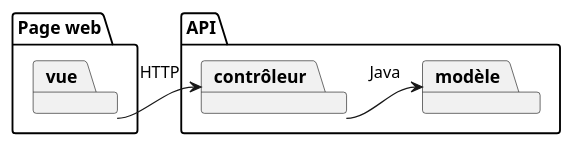
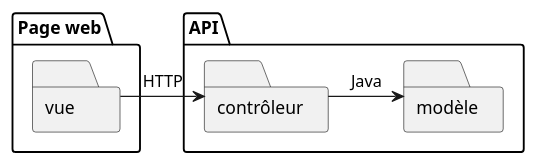
One commit to tgoubin/mvc-example changed the second of 4 diagrams in src/main/doc/exemple2.adoc. Above: the diagram before and after it, drawn with PlantUML. The commit also changed other lines of this file and 4 other files, not shown here.

```diff
--- a/src/main/doc/exemple2.adoc
+++ b/src/main/doc/exemple2.adoc
@@ -126,18 +126,21 @@
 [plantuml, "modele-mvc2", png]  
 ----
 @startuml
 
 folder API {
-	package modèle
-	package contrôleur
+	folder modèle {
+	}
+	folder contrôleur {
+	}
 }
 
 folder "Page web" {
-	package vue
+	folder vue {
+	}
 }
 
 vue -> contrôleur: HTTP
 contrôleur -> modèle: Java
 
 @enduml
 ----
```
